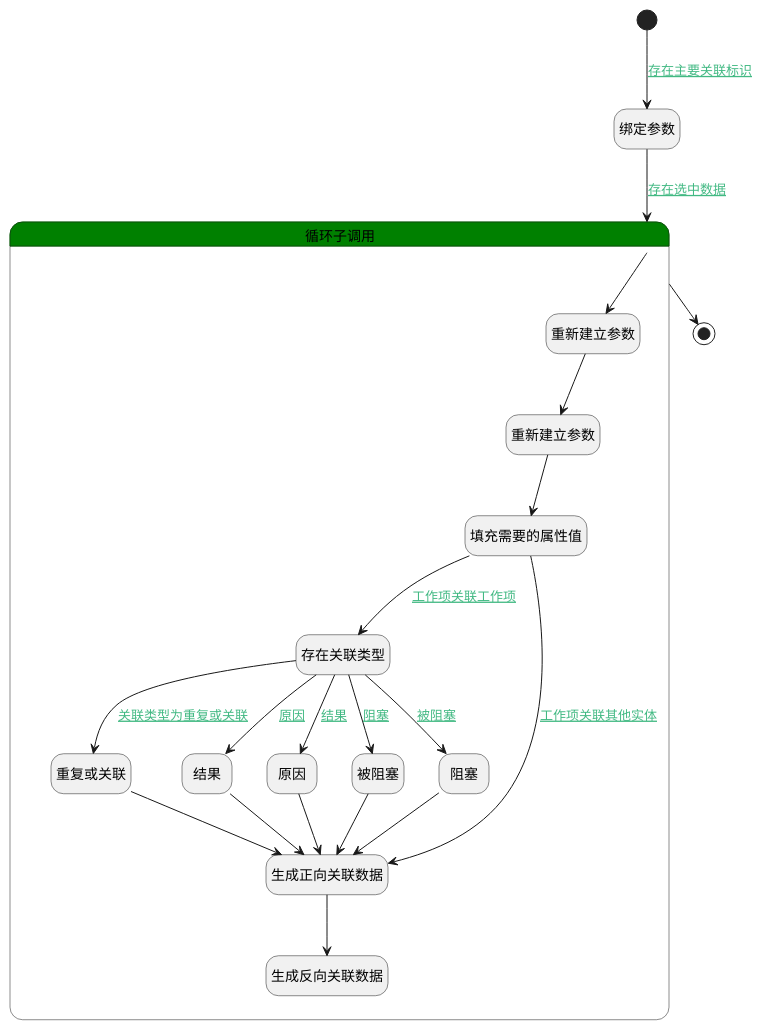
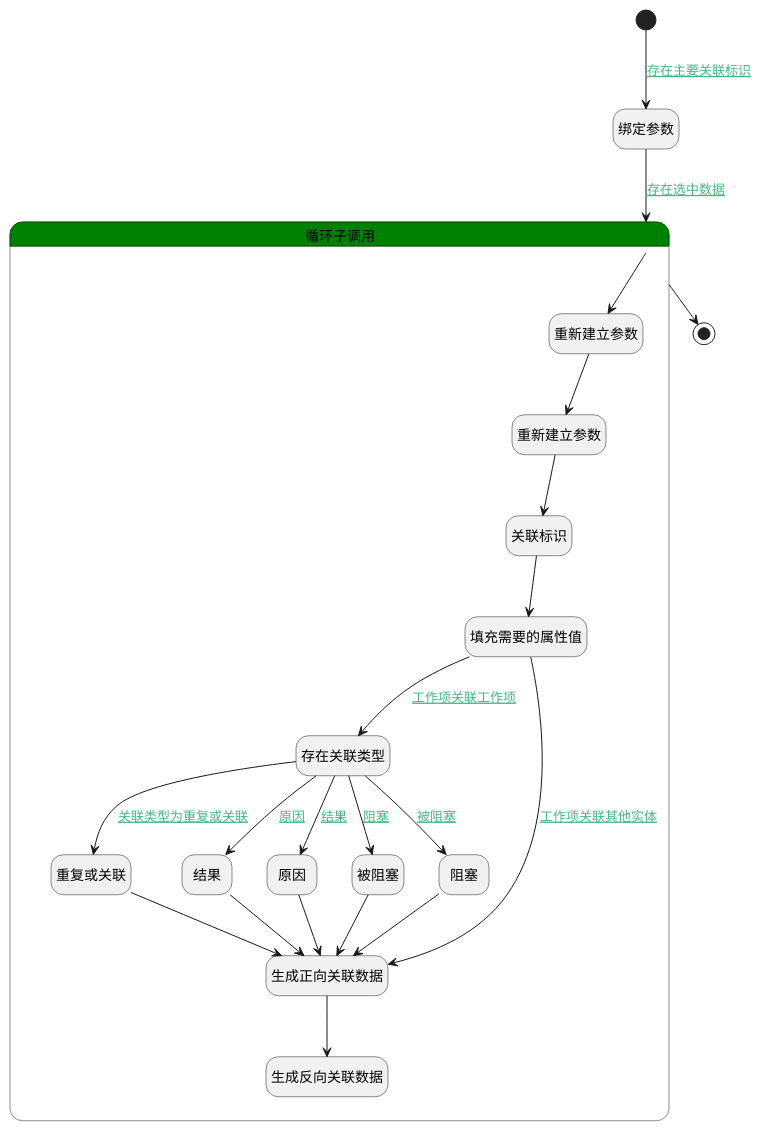
One commit to iBizLab/plm changed the diagram in doc/docsify/module/ProjMgmt/work_item/logic/others_relation_work_item.md. Above: the diagram before and after it, drawn with PlantUML. The commit also changed other lines of this file and 1778 other files, not shown here.

````diff
--- a/doc/docsify/module/ProjMgmt/work_item/logic/others_relation_work_item.md
+++ b/doc/docsify/module/ProjMgmt/work_item/logic/others_relation_work_item.md
@@ -7,51 +7,53 @@
 ```plantuml
 @startuml
 hide empty description
 <style>
 root {
   HyperlinkColor #42b983
 }
 </style>
 
 hide empty description
 state "开始" as Begin <<start>> [[$./others_relation_work_item#begin {"开始"}]]
 state "绑定参数" as BINDPARAM1  [[$./others_relation_work_item#bindparam1 {"绑定参数"}]]
 state "结束" as END1 <<end>> [[$./others_relation_work_item#end1 {"结束"}]]
 state "循环子调用" as LOOPSUBCALL1  [[$./others_relation_work_item#loopsubcall1 {"循环子调用"}]] #green {
 state "重新建立参数" as RENEWPARAM1  [[$./others_relation_work_item#renewparam1 {"重新建立参数"}]]
 state "重新建立参数" as RENEWPARAM2  [[$./others_relation_work_item#renewparam2 {"重新建立参数"}]]
+state "关联标识" as RAWSFCODE1  [[$./others_relation_work_item#rawsfcode1 {"关联标识"}]]
 state "填充需要的属性值" as PREPAREPARAM1  [[$./others_relation_work_item#prepareparam1 {"填充需要的属性值"}]]
 state "存在关联类型" as PREPAREPARAM2  [[$./others_relation_work_item#prepareparam2 {"存在关联类型"}]]
 state "重复或关联" as PREPAREPARAM3  [[$./others_relation_work_item#prepareparam3 {"重复或关联"}]]
 state "结果" as PREPAREPARAM4  [[$./others_relation_work_item#prepareparam4 {"结果"}]]
 state "原因" as PREPAREPARAM5  [[$./others_relation_work_item#prepareparam5 {"原因"}]]
 state "被阻塞" as PREPAREPARAM6  [[$./others_relation_work_item#prepareparam6 {"被阻塞"}]]
 state "阻塞" as PREPAREPARAM7  [[$./others_relation_work_item#prepareparam7 {"阻塞"}]]
 state "生成正向关联数据" as DEACTION1  [[$./others_relation_work_item#deaction1 {"生成正向关联数据"}]]
 state "生成反向关联数据" as DEACTION2  [[$./others_relation_work_item#deaction2 {"生成反向关联数据"}]]
 }
 
 
 Begin --> BINDPARAM1 : [[$./others_relation_work_item#begin-bindparam1{存在主要关联标识} 存在主要关联标识]]
 BINDPARAM1 --> LOOPSUBCALL1 : [[$./others_relation_work_item#bindparam1-loopsubcall1{存在选中数据} 存在选中数据]]
 LOOPSUBCALL1 --> RENEWPARAM1
 RENEWPARAM1 --> RENEWPARAM2
-RENEWPARAM2 --> PREPAREPARAM1
+RENEWPARAM2 --> RAWSFCODE1
+RAWSFCODE1 --> PREPAREPARAM1
 PREPAREPARAM1 --> PREPAREPARAM2 : [[$./others_relation_work_item#prepareparam1-prepareparam2{工作项关联工作项} 工作项关联工作项]]
 PREPAREPARAM2 --> PREPAREPARAM3 : [[$./others_relation_work_item#prepareparam2-prepareparam3{关联类型为重复或关联} 关联类型为重复或关联]]
 PREPAREPARAM3 --> DEACTION1
 DEACTION1 --> DEACTION2
 PREPAREPARAM2 --> PREPAREPARAM4 : [[$./others_relation_work_item#prepareparam2-prepareparam4{原因} 原因]]
 PREPAREPARAM4 --> DEACTION1
 PREPAREPARAM2 --> PREPAREPARAM5 : [[$./others_relation_work_item#prepareparam2-prepareparam5{结果} 结果]]
 PREPAREPARAM5 --> DEACTION1
 PREPAREPARAM2 --> PREPAREPARAM6 : [[$./others_relation_work_item#prepareparam2-prepareparam6{阻塞} 阻塞]]
 PREPAREPARAM6 --> DEACTION1
 PREPAREPARAM2 --> PREPAREPARAM7 : [[$./others_relation_work_item#prepareparam2-prepareparam7{被阻塞} 被阻塞]]
 PREPAREPARAM7 --> DEACTION1
 PREPAREPARAM1 --> DEACTION1 : [[$./others_relation_work_item#prepareparam1-deaction1{工作项关联其他实体} 工作项关联其他实体]]
 LOOPSUBCALL1 --> END1
 
 
 @enduml
 ```
````
